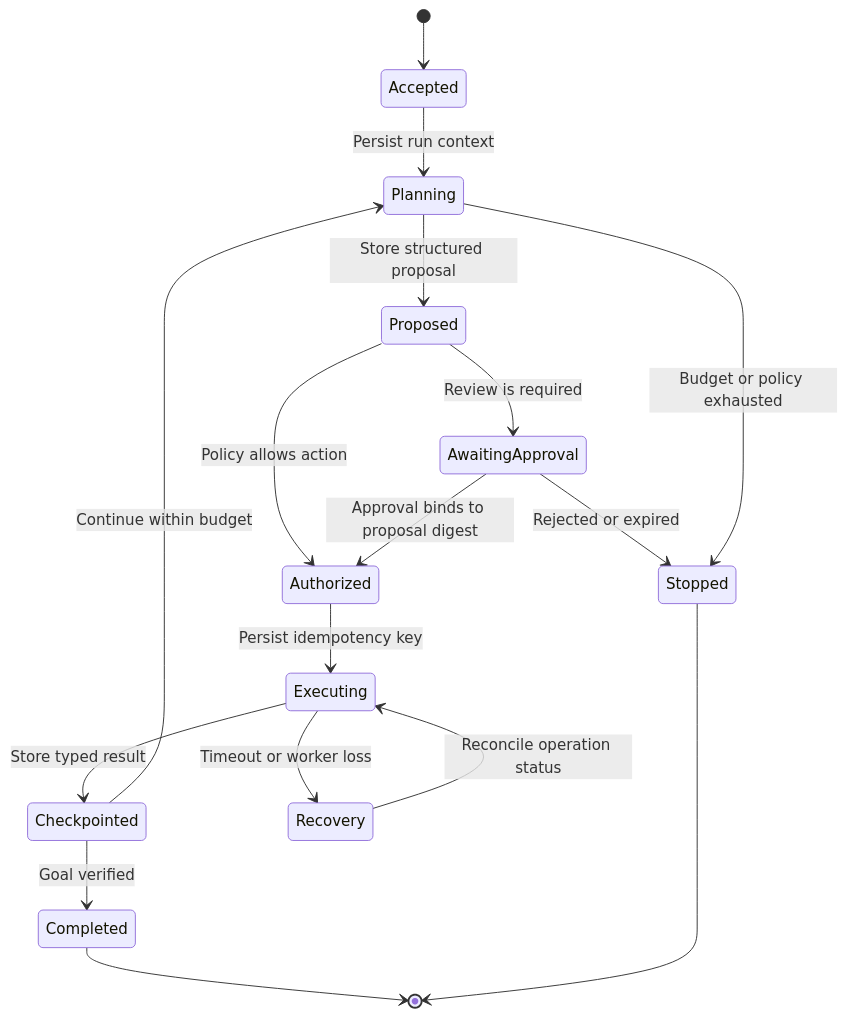
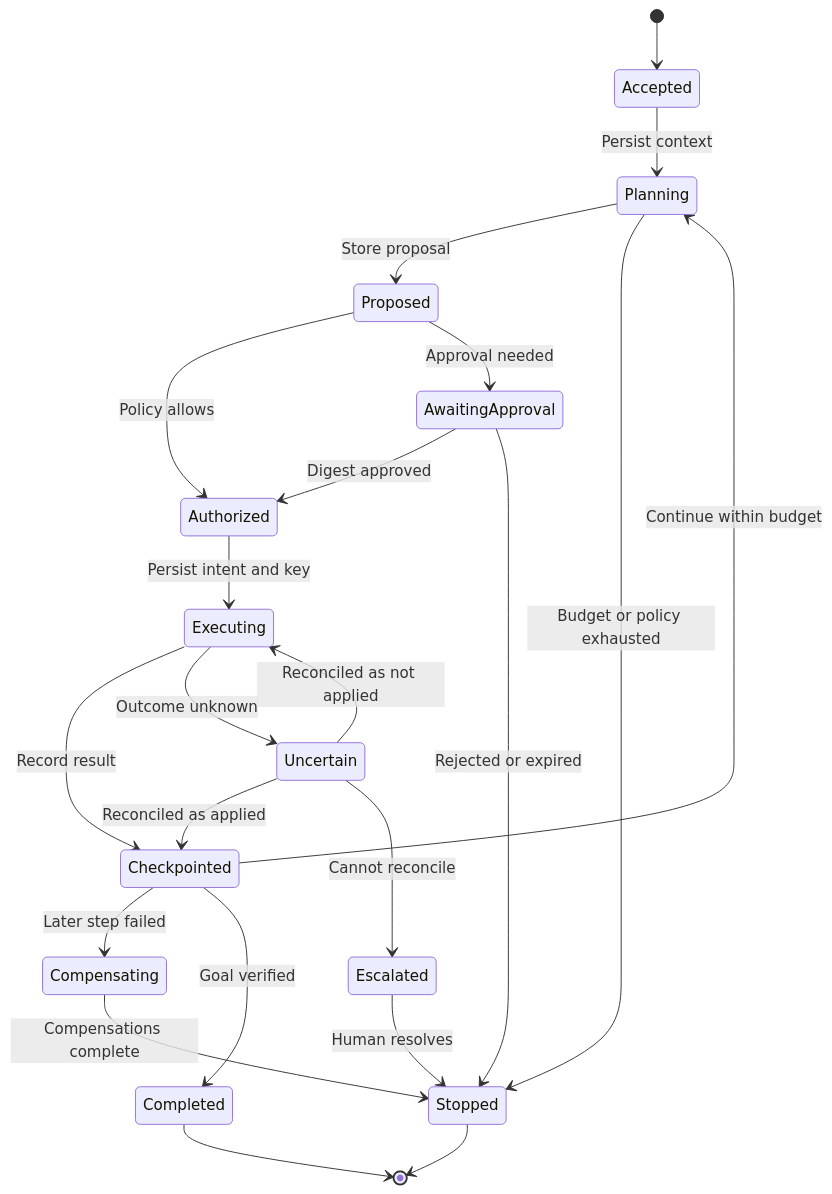
One commit to joydasss/Architect changed diagram 13 of 27 in 17_AI_Architecture/CH06_Agentic_System_Architecture_and_Tool_Boundaries.md. Above: the diagram before and after it, drawn with Mermaid. The commit also changed other lines of this file and 295 other files, not shown here.

````diff
--- a/17_AI_Architecture/CH06_Agentic_System_Architecture_and_Tool_Boundaries.md
+++ b/17_AI_Architecture/CH06_Agentic_System_Architecture_and_Tool_Boundaries.md
@@ -58,19 +1006,24 @@
 ```mermaid
 stateDiagram-v2
     [*] --> Accepted
-    Accepted --> Planning: Persist run context
-    Planning --> Proposed: Store structured proposal
-    Proposed --> Authorized: Policy allows action
-    Proposed --> AwaitingApproval: Review is required
-    AwaitingApproval --> Authorized: Approval binds to proposal digest
+    Accepted --> Planning: Persist context
+    Planning --> Proposed: Store proposal
+    Proposed --> Authorized: Policy allows
+    Proposed --> AwaitingApproval: Approval needed
+    AwaitingApproval --> Authorized: Digest approved
     AwaitingApproval --> Stopped: Rejected or expired
-    Authorized --> Executing: Persist idempotency key
-    Executing --> Checkpointed: Store typed result
-    Executing --> Recovery: Timeout or worker loss
-    Recovery --> Executing: Reconcile operation status
+    Authorized --> Executing: Persist intent and key
+    Executing --> Checkpointed: Record result
+    Executing --> Uncertain: Outcome unknown
+    Uncertain --> Executing: Reconciled as not applied
+    Uncertain --> Checkpointed: Reconciled as applied
+    Uncertain --> Escalated: Cannot reconcile
     Checkpointed --> Planning: Continue within budget
+    Checkpointed --> Compensating: Later step failed
+    Compensating --> Stopped: Compensations complete
     Checkpointed --> Completed: Goal verified
     Planning --> Stopped: Budget or policy exhausted
+    Escalated --> Stopped: Human resolves
     Completed --> [*]
     Stopped --> [*]
 ```
````
